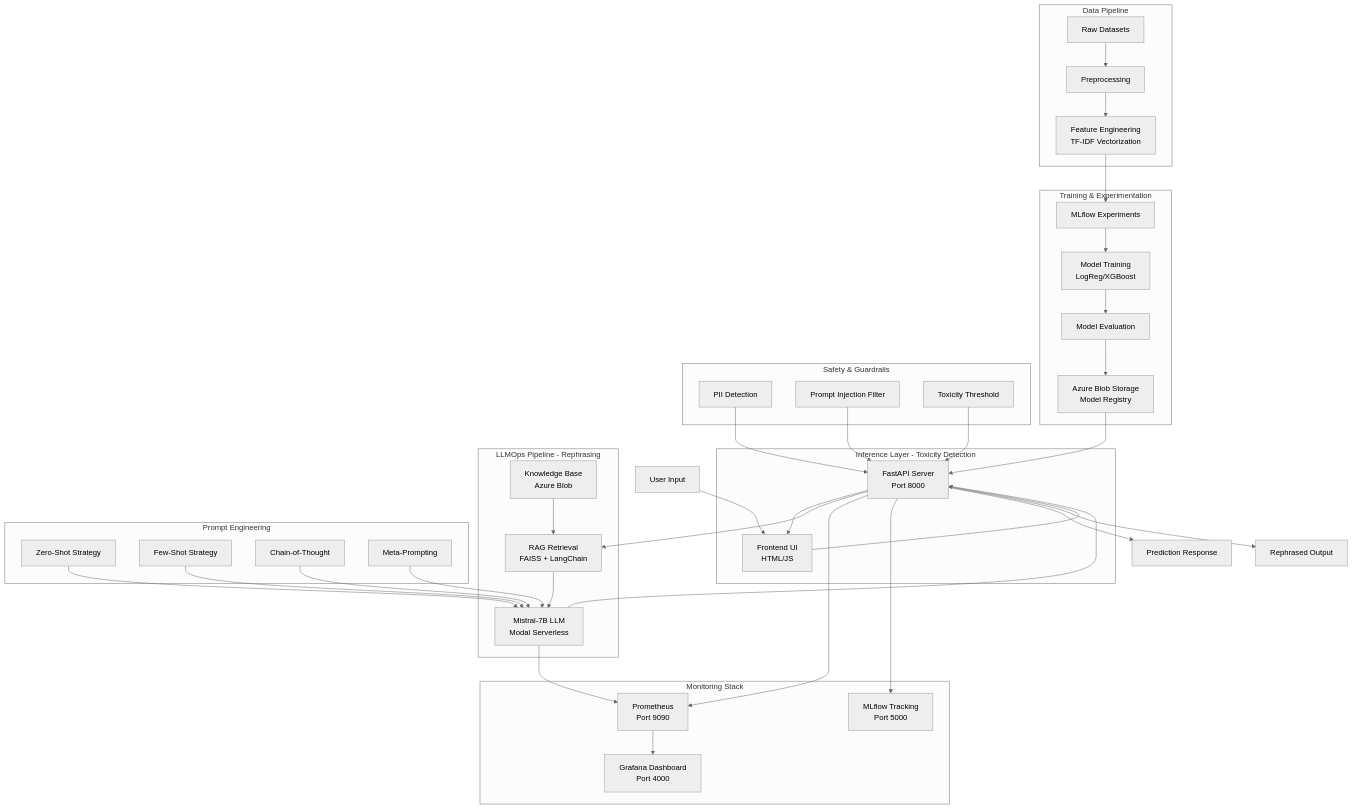
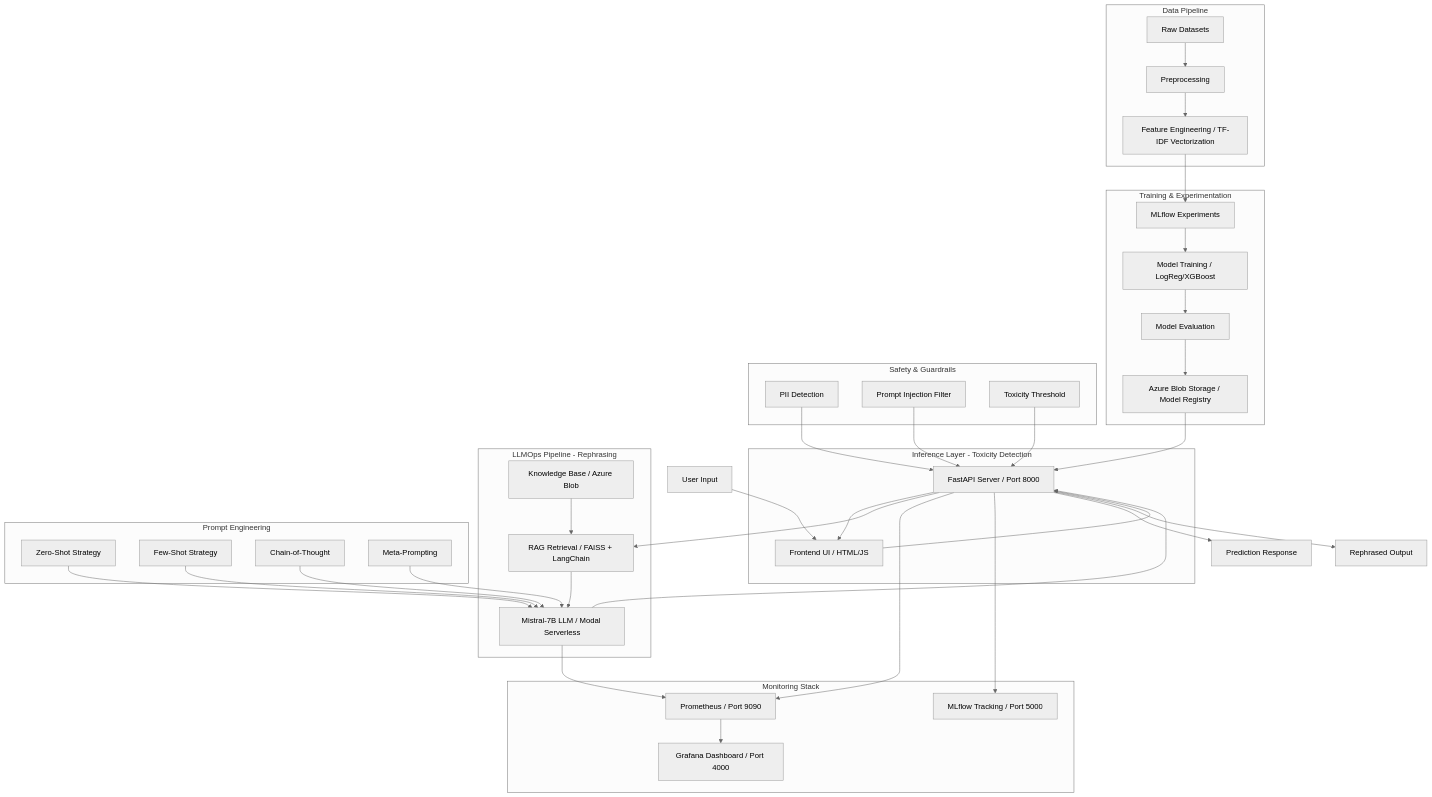
Before and after one commit to al-Jurjani/DetoxifyAI: the first of 3 diagrams in README.md, drawn with Mermaid (neutral theme). The commit also changed other lines of this file and 1 other file, not shown here.

Commit message:
added RAG figures to README.

````diff
--- a/README.md
+++ b/README.md
@@ -9,51 +9,51 @@
 ```mermaid
 graph TB
-    subgraph "Data Pipeline"
+    subgraph Data["Data Pipeline"]
         A[Raw Datasets] --> B[Preprocessing]
-        B --> C[Feature Engineering<br/>TF-IDF Vectorization]
+        B --> C["Feature Engineering / TF-IDF Vectorization"]
     end
 
-    subgraph "Training & Experimentation"
+    subgraph Train["Training & Experimentation"]
         C --> D[MLflow Experiments]
-        D --> E[Model Training<br/>LogReg/XGBoost]
+        D --> E["Model Training / LogReg/XGBoost"]
         E --> F[Model Evaluation]
-        F --> G[Azure Blob Storage<br/>Model Registry]
+        F --> G["Azure Blob Storage / Model Registry"]
     end
 
-    subgraph "Inference Layer - Toxicity Detection"
-        G --> H[FastAPI Server<br/>Port 8000]
-        H --> I[Frontend UI<br/>HTML/JS]
+    subgraph Inference["Inference Layer - Toxicity Detection"]
+        G --> H["FastAPI Server / Port 8000"]
+        H --> I["Frontend UI / HTML/JS"]
     end
 
-    subgraph "LLMOps Pipeline - Rephrasing"
-        J[Knowledge Base<br/>Azure Blob] --> K[RAG Retrieval<br/>FAISS + LangChain]
-        K --> L[Mistral-7B LLM<br/>Modal Serverless]
+    subgraph LLM["LLMOps Pipeline - Rephrasing"]
+        J["Knowledge Base / Azure Blob"] --> K["RAG Retrieval / FAISS + LangChain"]
+        K --> L["Mistral-7B LLM / Modal Serverless"]
         H --> K
         L --> H
     end
 
-    subgraph "Prompt Engineering"
+    subgraph Prompts["Prompt Engineering"]
         M[Zero-Shot Strategy] --> L
         N[Few-Shot Strategy] --> L
         O[Chain-of-Thought] --> L
         P[Meta-Prompting] --> L
     end
 
-    subgraph "Safety & Guardrails"
+    subgraph Guards["Safety & Guardrails"]
         Q[PII Detection] --> H
         R[Prompt Injection Filter] --> H
         S[Toxicity Threshold] --> H
     end
 
-    subgraph "Monitoring Stack"
-        H --> T[Prometheus<br/>Port 9090]
-        T --> U[Grafana Dashboard<br/>Port 4000]
-        H --> V[MLflow Tracking<br/>Port 5000]
+    subgraph Monitor["Monitoring Stack"]
+        H --> T["Prometheus / Port 9090"]
+        T --> U["Grafana Dashboard / Port 4000"]
+        H --> V["MLflow Tracking / Port 5000"]
         L --> T
     end
 
     W[User Input] --> I
     I --> H
     H --> X[Prediction Response]
     H --> Y[Rephrased Output]
 ```
````
